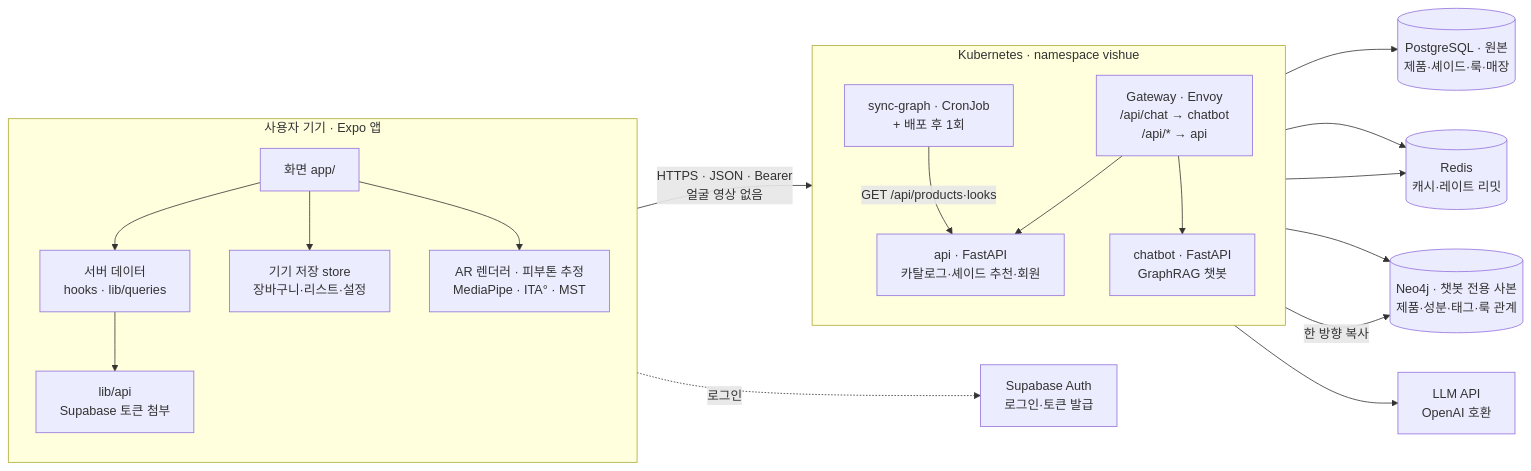
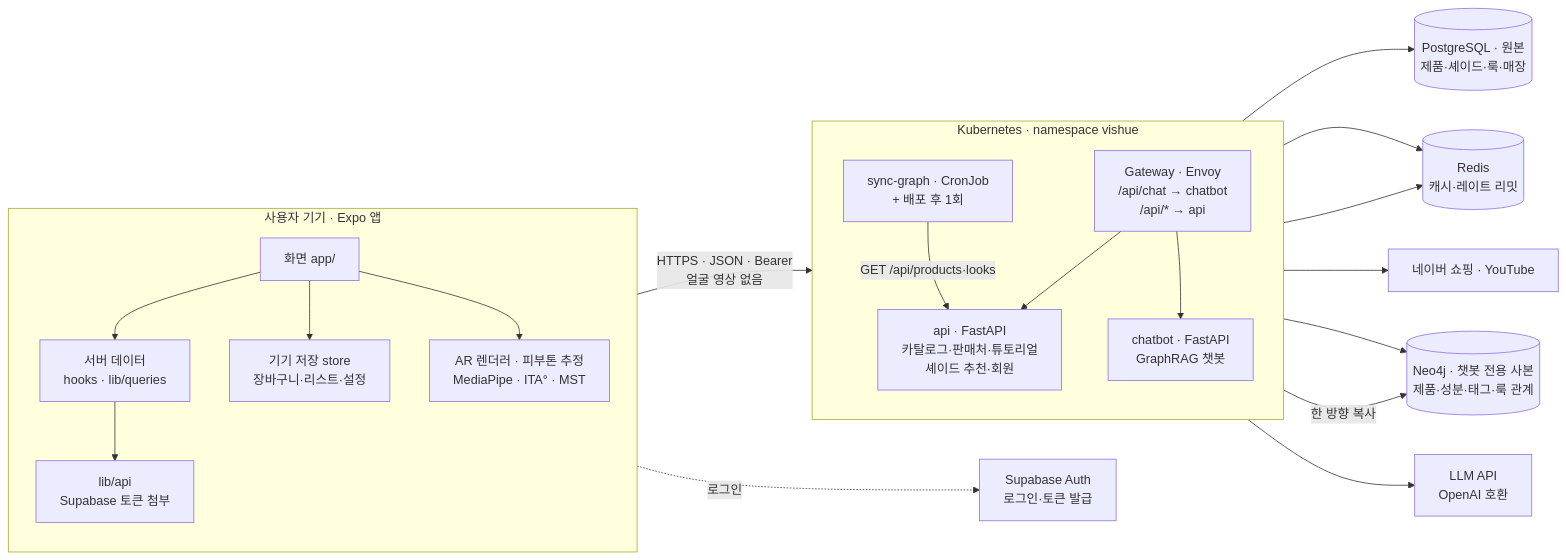
The diagram in docs/ARCHITECTURE.md (gyuniverse-hq/SKN34-Final-Project), drawn with Mermaid before and after one commit. The commit also changed other lines of this file and 7 other files, not shown here.

Commit message:
docs: 백엔드 전환에 맞춰 문서와 구조도 갱신

````diff
--- a/docs/ARCHITECTURE.md
+++ b/docs/ARCHITECTURE.md
@@ -7,41 +7,43 @@
 ```mermaid
 flowchart LR
   subgraph Device["사용자 기기 · Expo 앱"]
     direction TB
     UI["화면 app/"]
     Data["서버 데이터<br/>hooks · lib/queries"]
     Local["기기 저장 store<br/>장바구니·리스트·설정"]
     AR["AR 렌더러 · 피부톤 추정<br/>MediaPipe · ITA° · MST"]
     Http["lib/api<br/>Supabase 토큰 첨부"]
     UI --> Data --> Http
     UI --> Local
     UI --> AR
   end
 
   Supa["Supabase Auth<br/>로그인·토큰 발급"]
 
   subgraph Cluster["Kubernetes · namespace vishue"]
     direction TB
     GW["Gateway · Envoy<br/>/api/chat → chatbot<br/>/api/* → api"]
-    API["api · FastAPI<br/>카탈로그·셰이드 추천·회원"]
+    API["api · FastAPI<br/>카탈로그·판매처·튜토리얼<br/>셰이드 추천·회원"]
     BOT["chatbot · FastAPI<br/>GraphRAG 챗봇"]
     SYNC["sync-graph · CronJob<br/>+ 배포 후 1회"]
     GW --> API
     GW --> BOT
     SYNC -- "GET /api/products·looks" --> API
   end
 
   PG[("PostgreSQL · 원본<br/>제품·셰이드·룩·매장")]
   RD[("Redis<br/>캐시·레이트 리밋")]
   NEO[("Neo4j · 챗봇 전용 사본<br/>제품·성분·태그·룩 관계")]
   LLM["LLM API<br/>OpenAI 호환"]
+  EXT["네이버 쇼핑 · YouTube"]
 
   Http -- "HTTPS · JSON · Bearer<br/>얼굴 영상 없음" --> GW
   Http -. 로그인 .-> Supa
   API --> PG
   API --> RD
+  API --> EXT
   BOT --> NEO
   BOT --> RD
   BOT --> LLM
   SYNC -- "한 방향 복사" --> NEO
 ```
````
